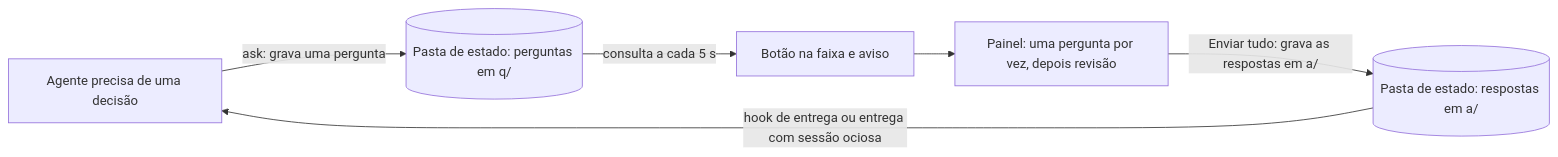
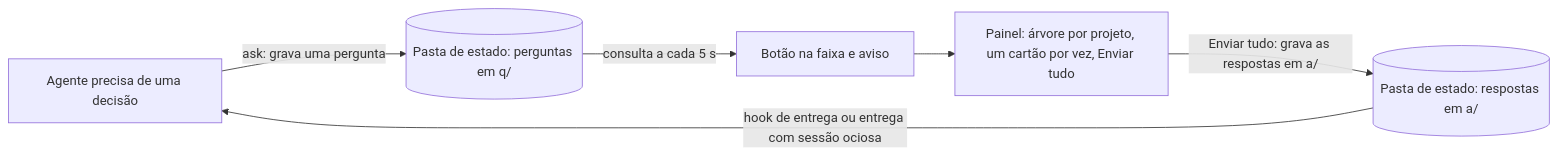
The first of 2 diagrams in README.pt-BR.md (KeepGlide/askaway), drawn with Mermaid before and after one commit. The commit also changed other lines of this file and 3 other files, not shown here.

````diff
--- a/README.pt-BR.md
+++ b/README.pt-BR.md
@@ -37,8 +38,8 @@
 ```mermaid
 flowchart LR
     agent["Agente precisa de uma decisão"] -->|"ask: grava uma pergunta"| folder[("Pasta de estado: perguntas em q/")]
     folder -->|"consulta a cada 5 s"| band["Botão na faixa e aviso"]
-    band --> panel["Painel: uma pergunta por vez, depois revisão"]
+    band --> panel["Painel: árvore por projeto, um cartão por vez, Enviar tudo"]
     panel -->|"Enviar tudo: grava as respostas em a/"| answers[("Pasta de estado: respostas em a/")]
     answers -->|"hook de entrega ou entrega com sessão ociosa"| agent
 ```
````
